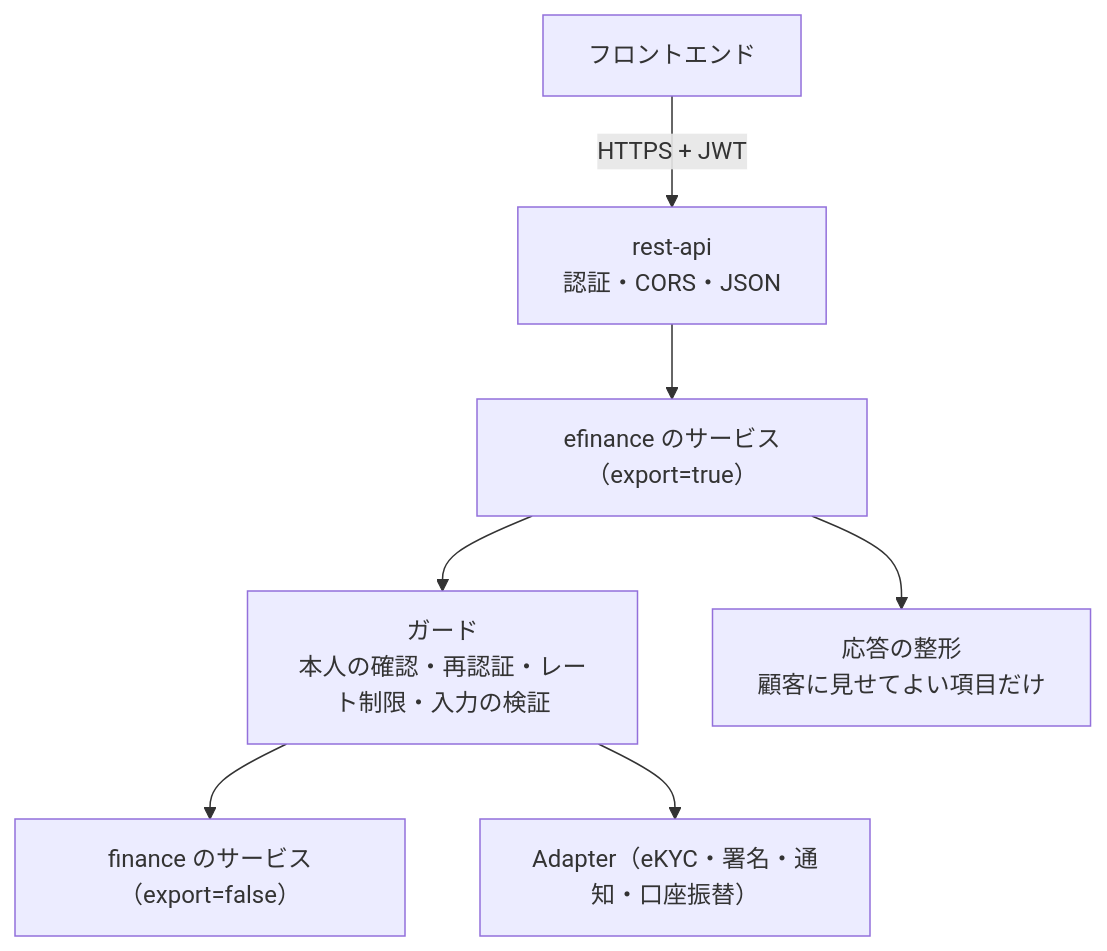
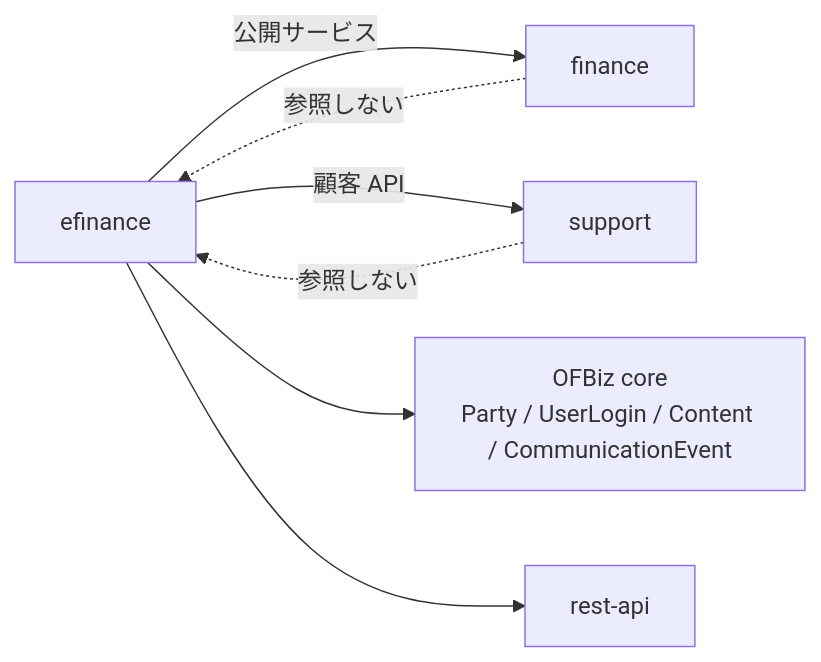
One commit to naofum/ofbiz-plugins-efinance changed the first of 7 diagrams in SPEC_EFINANCE.md. Above: the diagram before and after it, drawn with Mermaid. The commit also changed other lines of this file and 14 other files, not shown here.

````diff
--- a/SPEC_EFINANCE.md
+++ b/SPEC_EFINANCE.md
@@ -38,9 +119,9 @@
 ```mermaid
-flowchart TB
-    C[フロントエンド] -->|HTTPS + JWT| R[rest-api<br/>認証・CORS・JSON]
-    R --> S[efinance のサービス（export=true）]
-    S --> G[ガード<br/>本人の確認・再認証・レート制限・入力の検証]
-    G --> F[finance のサービス（export=false）]
-    G --> A[Adapter（eKYC・署名・通知・口座振替）]
-    S --> V[応答の整形<br/>顧客に見せてよい項目だけ]
+flowchart LR
+    EF[efinance] -->|公開サービス| FIN[finance]
+    EF -->|顧客 API| SUP[support]
+    EF --> CORE[OFBiz core<br/>Party / UserLogin / Content / CommunicationEvent]
+    EF --> REST[rest-api]
+    FIN -.->|参照しない| EF
+    SUP -.->|参照しない| EF
 ```
````
